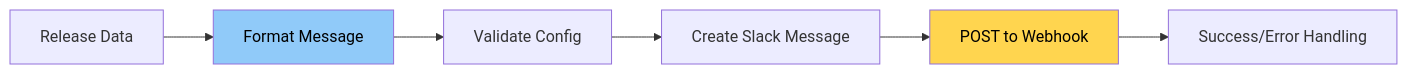
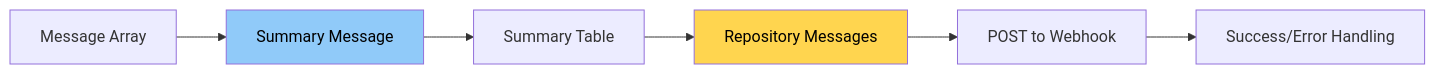
The fifth of 5 diagrams in ARCHITECTURE.md (akhilarsh/github-release-digest), drawn with Mermaid before and after one commit. The commit also changed other lines of this file and 1 other file, not shown here.

````diff
--- a/ARCHITECTURE.md
+++ b/ARCHITECTURE.md
@@ -118,11 +253,11 @@
 ```mermaid
 graph LR
-    A[Release Data] --> B[Format Message]
-    B --> C[Validate Config]
-    C --> D[Create Slack Message]
+    A[Message Array] --> B[Summary Message]
+    B --> C[Summary Table]
+    C --> D[Repository Messages]
     D --> E[POST to Webhook]
     E --> F[Success/Error Handling]
     
     style B fill:#90caf9,color:#000
-    style E fill:#ffd54f,color:#000
+    style D fill:#ffd54f,color:#000
 ```
````
